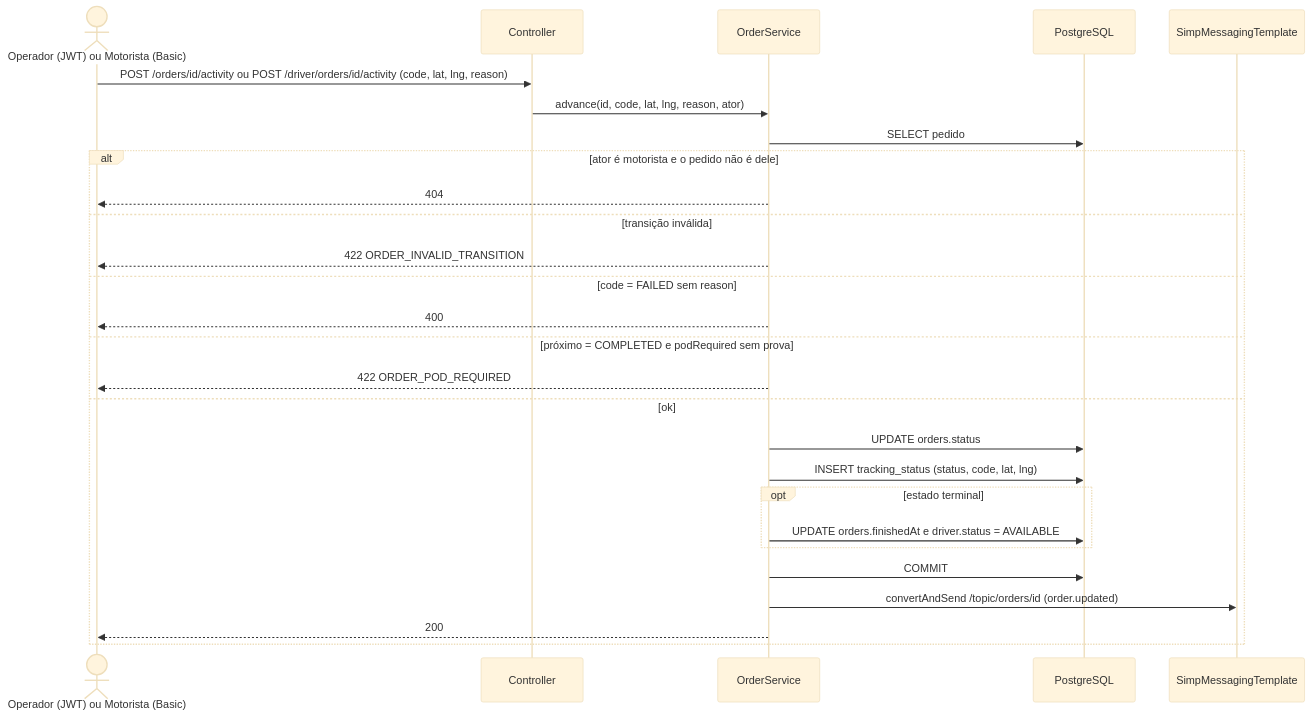
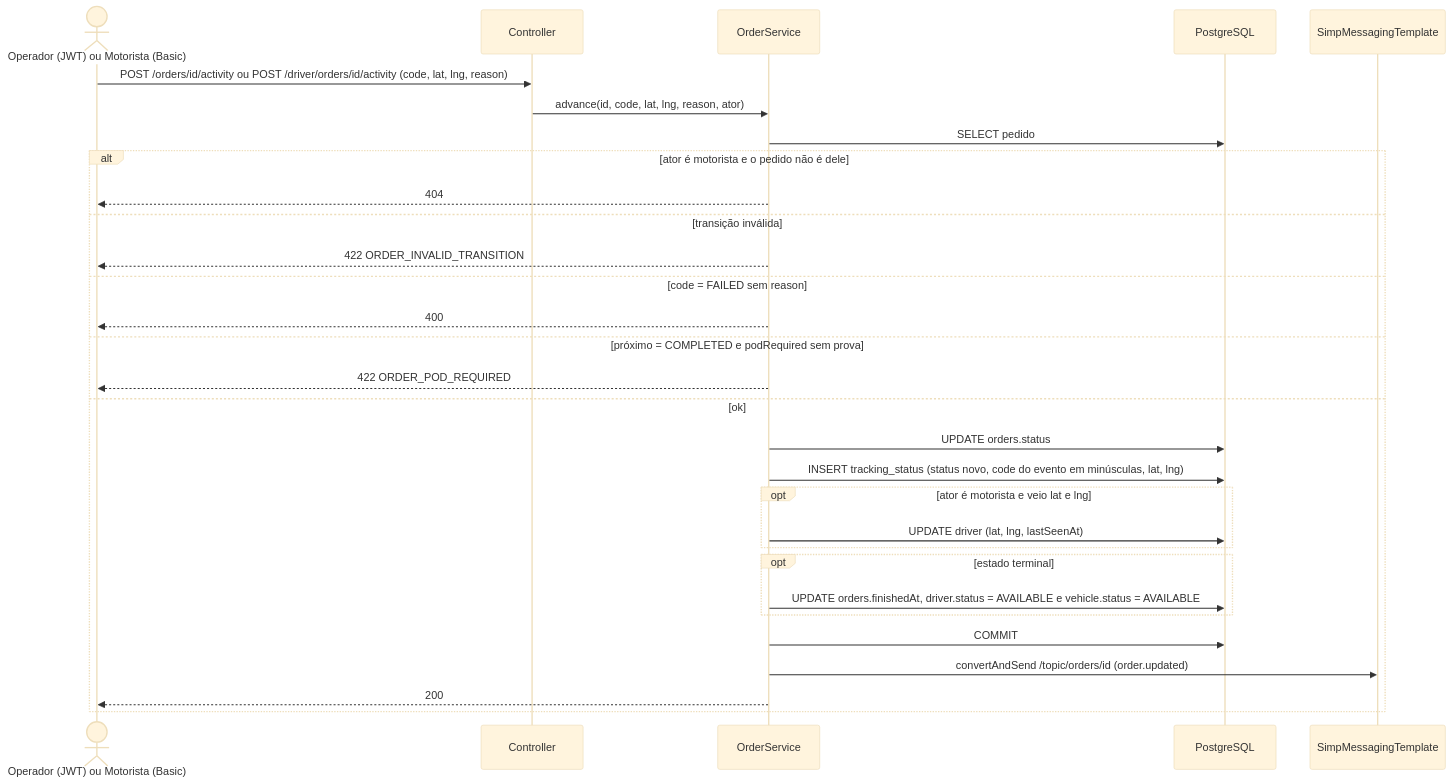
Before and after one commit to Edryck/kj-fleets: the fifth of 17 diagrams in docs/flows.md, drawn with Mermaid (base theme). The commit also changed other lines of this file and 4 other files, not shown here.

````diff
--- a/docs/flows.md
+++ b/docs/flows.md
@@ -92,30 +107,33 @@
 ```mermaid
 sequenceDiagram
     actor A as Operador (JWT) ou Motorista (Basic)
     participant C as Controller
     participant S as OrderService
     participant DB as PostgreSQL
     participant WS as SimpMessagingTemplate
 
     A->>C: POST /orders/id/activity ou POST /driver/orders/id/activity (code, lat, lng, reason)
     C->>S: advance(id, code, lat, lng, reason, ator)
     S->>DB: SELECT pedido
     alt ator é motorista e o pedido não é dele
         S-->>A: 404
     else transição inválida
         S-->>A: 422 ORDER_INVALID_TRANSITION
     else code = FAILED sem reason
         S-->>A: 400
     else próximo = COMPLETED e podRequired sem prova
         S-->>A: 422 ORDER_POD_REQUIRED
     else ok
         S->>DB: UPDATE orders.status
-        S->>DB: INSERT tracking_status (status, code, lat, lng)
+        S->>DB: INSERT tracking_status (status novo, code do evento em minúsculas, lat, lng)
+        opt ator é motorista e veio lat e lng
+            S->>DB: UPDATE driver (lat, lng, lastSeenAt)
+        end
         opt estado terminal
-            S->>DB: UPDATE orders.finishedAt e driver.status = AVAILABLE
+            S->>DB: UPDATE orders.finishedAt, driver.status = AVAILABLE e vehicle.status = AVAILABLE
         end
         S->>DB: COMMIT
         S->>WS: convertAndSend /topic/orders/id (order.updated)
         S-->>A: 200
     end
 ```
````
